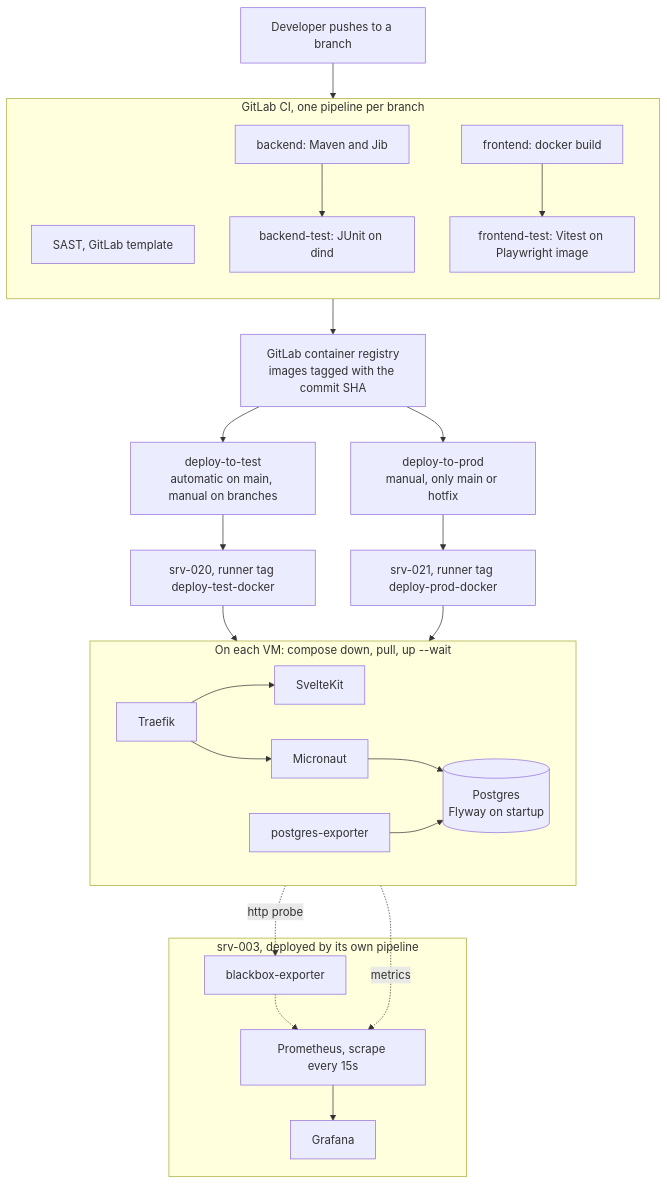
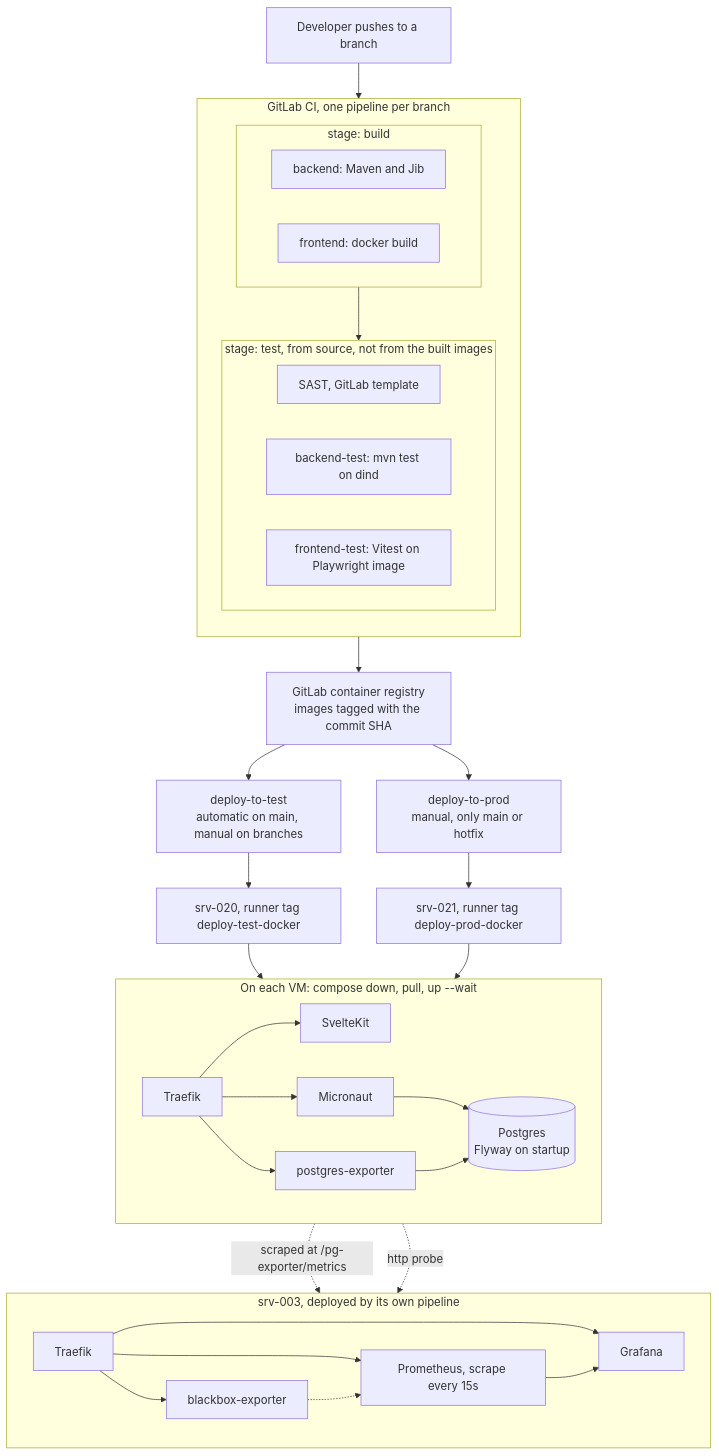
The diagram in README.md (gabrielbuckland/g01-devops), drawn with Mermaid before and after one commit.

Commit message:
correct three claims the pipeline diagram made
The build and test jobs were drawn as two independent chains, backend build
into backend test and frontend build into frontend test. There is no needs: in
.gitlab-ci.yml, so the order comes from the stages alone and every test job
waits for both builds. The tests also run from source rather than from the
images that were just pushed, so the arrows implied an artefact flow that does
not exist. Both stages are now subgraphs with a single edge between them.

The Postgres exporter metrics were drawn going straight to Prometheus. It is
scraped at srv-020 and srv-021 on /pg-exporter/metrics, so the path is through
Traefik, which the diagram had standing next to it unused.

The monitoring VM runs a Traefik of its own that serves Grafana, Prometheus and
the blackbox exporter under path prefixes. It was missing entirely.

````diff
--- a/README.md
+++ b/README.md
@@ -30,43 +30,52 @@
 ```mermaid
 flowchart TD
     dev["Developer pushes to a branch"] --> ci
 
     subgraph ci["GitLab CI, one pipeline per branch"]
         direction TB
-        sast["SAST, GitLab template"]
-        be["backend: Maven and Jib"]
-        fe["frontend: docker build"]
-        bt["backend-test: JUnit on dind"]
-        ft["frontend-test: Vitest on Playwright image"]
-        be --> bt
-        fe --> ft
+        subgraph cibuild["stage: build"]
+            direction LR
+            be["backend: Maven and Jib"]
+            fe["frontend: docker build"]
+        end
+        subgraph citest["stage: test, from source, not from the built images"]
+            direction LR
+            sast["SAST, GitLab template"]
+            bt["backend-test: mvn test on dind"]
+            ft["frontend-test: Vitest on Playwright image"]
+        end
+        cibuild --> citest
     end
 
     ci --> reg["GitLab container registry<br/>images tagged with the commit SHA"]
 
     reg --> dtest["deploy-to-test<br/>automatic on main, manual on branches"]
     reg --> dprod["deploy-to-prod<br/>manual, only main or hotfix"]
 
     dtest --> vmtest["srv-020, runner tag deploy-test-docker"]
     dprod --> vmprod["srv-021, runner tag deploy-prod-docker"]
 
     subgraph vm["On each VM: compose down, pull, up --wait"]
         direction LR
         traefik["Traefik"] --> frontend["SvelteKit"]
         traefik --> backend["Micronaut"]
+        traefik --> pgx["postgres-exporter"]
         backend --> pg[("Postgres<br/>Flyway on startup")]
-        pgx["postgres-exporter"] --> pg
+        pgx --> pg
     end
 
     vmtest --> vm
     vmprod --> vm
 
     subgraph mon["srv-003, deployed by its own pipeline"]
-        prom["Prometheus, scrape every 15s"] --> graf["Grafana"]
-        bb["blackbox-exporter"]
+        direction LR
+        mtraefik["Traefik"] --> prom["Prometheus, scrape every 15s"]
+        mtraefik --> graf["Grafana"]
+        mtraefik --> bb["blackbox-exporter"]
+        prom --> graf
     end
 
-    pgx -.->|metrics| prom
+    traefik -.->|"scraped at /pg-exporter/metrics"| prom
     traefik -.->|http probe| bb
     bb -.-> prom
 ```
````
